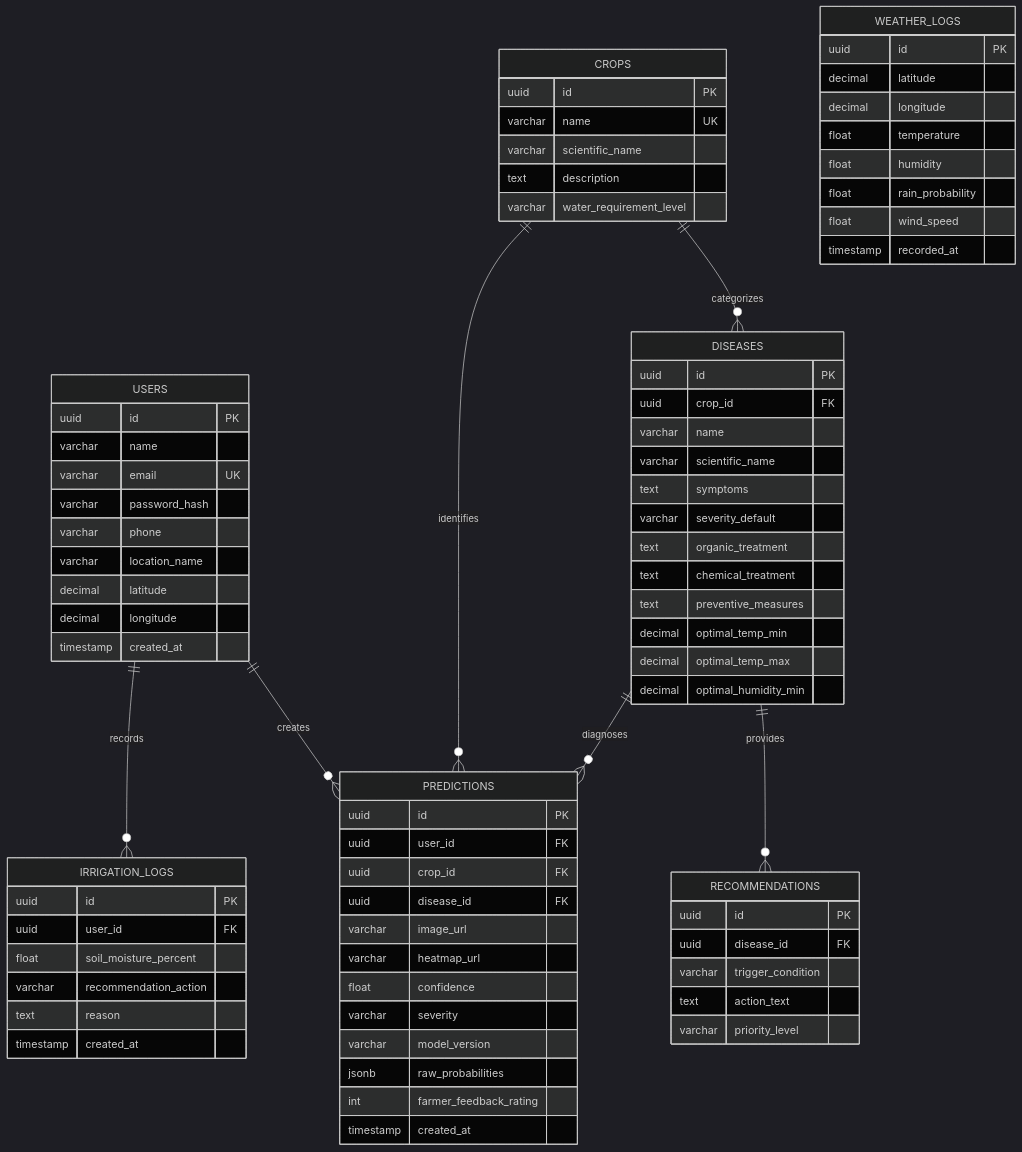
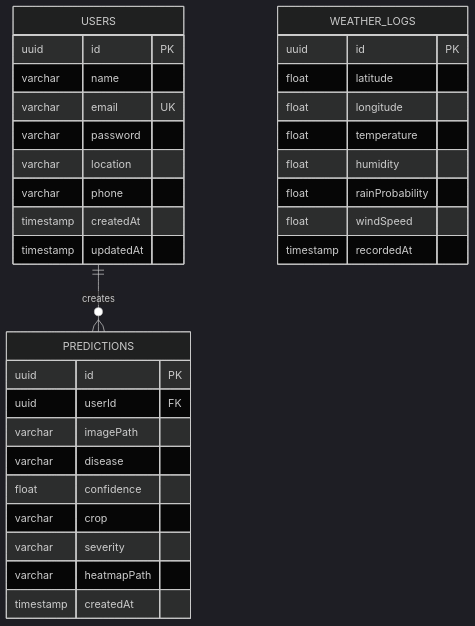
The second of 3 diagrams in architecture.md (ShaikhMehrin786/AgriSmart-AI), drawn with Mermaid (dark theme) before and after one commit. The commit also changed other lines of this file and 4 other files, not shown here.

Commit message:
docs: sync architecture, README, context, and milestones; enhance assistant context relevance

````diff
--- a/architecture.md
+++ b/architecture.md
@@ -153,87 +153,38 @@
 ```mermaid
 erDiagram
     USERS ||--o{ PREDICTIONS : creates
-    CROPS ||--o{ DISEASES : categorizes
-    CROPS ||--o{ PREDICTIONS : identifies
-    DISEASES ||--o{ PREDICTIONS : diagnoses
-    DISEASES ||--o{ RECOMMENDATIONS : provides
-    USERS ||--o{ IRRIGATION_LOGS : records
 
     USERS {
         uuid id PK
         varchar name
         varchar email UK
-        varchar password_hash
+        varchar password
+        varchar location
         varchar phone
-        varchar location_name
-        decimal latitude
-        decimal longitude
-        timestamp created_at
-    }
-
-    CROPS {
-        uuid id PK
-        varchar name UK
-        varchar scientific_name
-        text description
-        varchar water_requirement_level
-    }
-
-    DISEASES {
-        uuid id PK
-        uuid crop_id FK
-        varchar name
-        varchar scientific_name
-        text symptoms
-        varchar severity_default
-        text organic_treatment
-        text chemical_treatment
-        text preventive_measures
-        decimal optimal_temp_min
-        decimal optimal_temp_max
-        decimal optimal_humidity_min
+        timestamp createdAt
+        timestamp updatedAt
     }
 
     PREDICTIONS {
         uuid id PK
-        uuid user_id FK
-        uuid crop_id FK
-        uuid disease_id FK
-        varchar image_url
-        varchar heatmap_url
+        uuid userId FK
+        varchar imagePath
+        varchar disease
         float confidence
+        varchar crop
         varchar severity
-        varchar model_version
-        jsonb raw_probabilities
-        int farmer_feedback_rating
-        timestamp created_at
-    }
-
-    RECOMMENDATIONS {
-        uuid id PK
-        uuid disease_id FK
-        varchar trigger_condition
-        text action_text
-        varchar priority_level
+        varchar heatmapPath
+        timestamp createdAt
     }
 
     WEATHER_LOGS {
         uuid id PK
-        decimal latitude
-        decimal longitude
+        float latitude
+        float longitude
         float temperature
         float humidity
-        float rain_probability
-        float wind_speed
-        timestamp recorded_at
-    }
-
-    IRRIGATION_LOGS {
-        uuid id PK
-        uuid user_id FK
-        float soil_moisture_percent
-        varchar recommendation_action
-        text reason
-        timestamp created_at
+        float rainProbability
+        float windSpeed
+        timestamp recordedAt
     }
 ```
````
